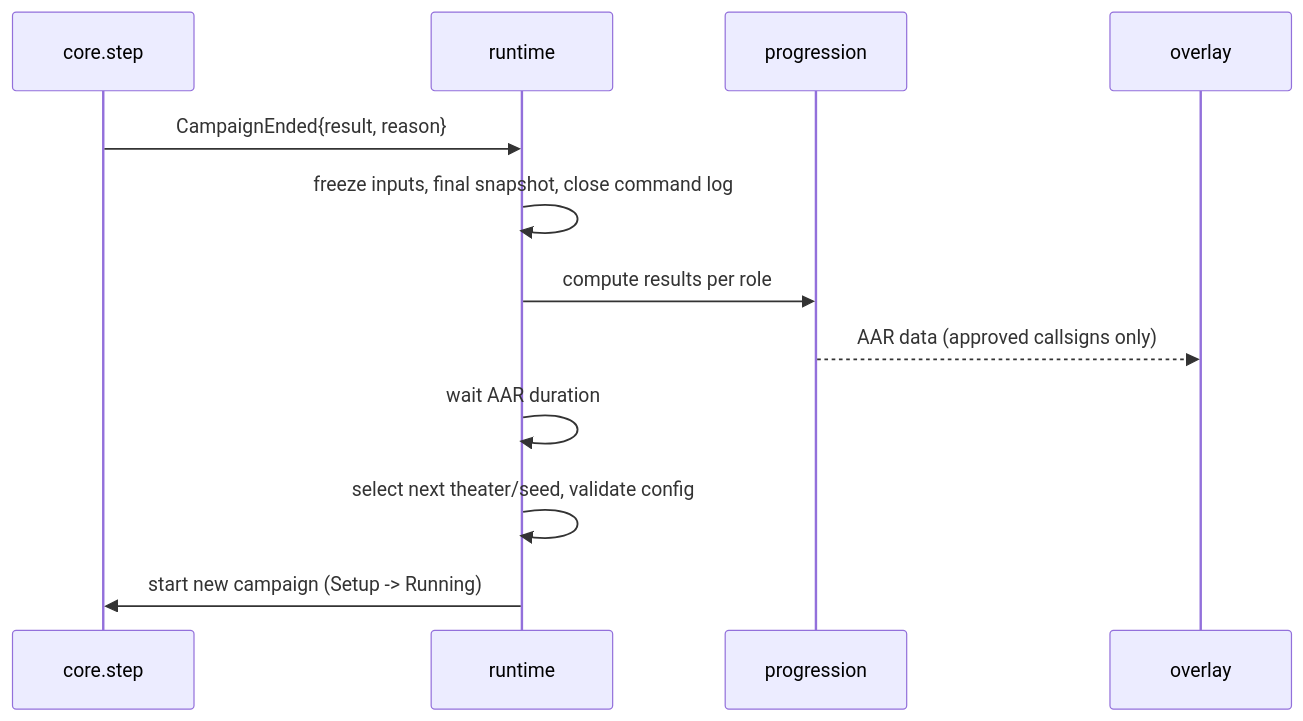
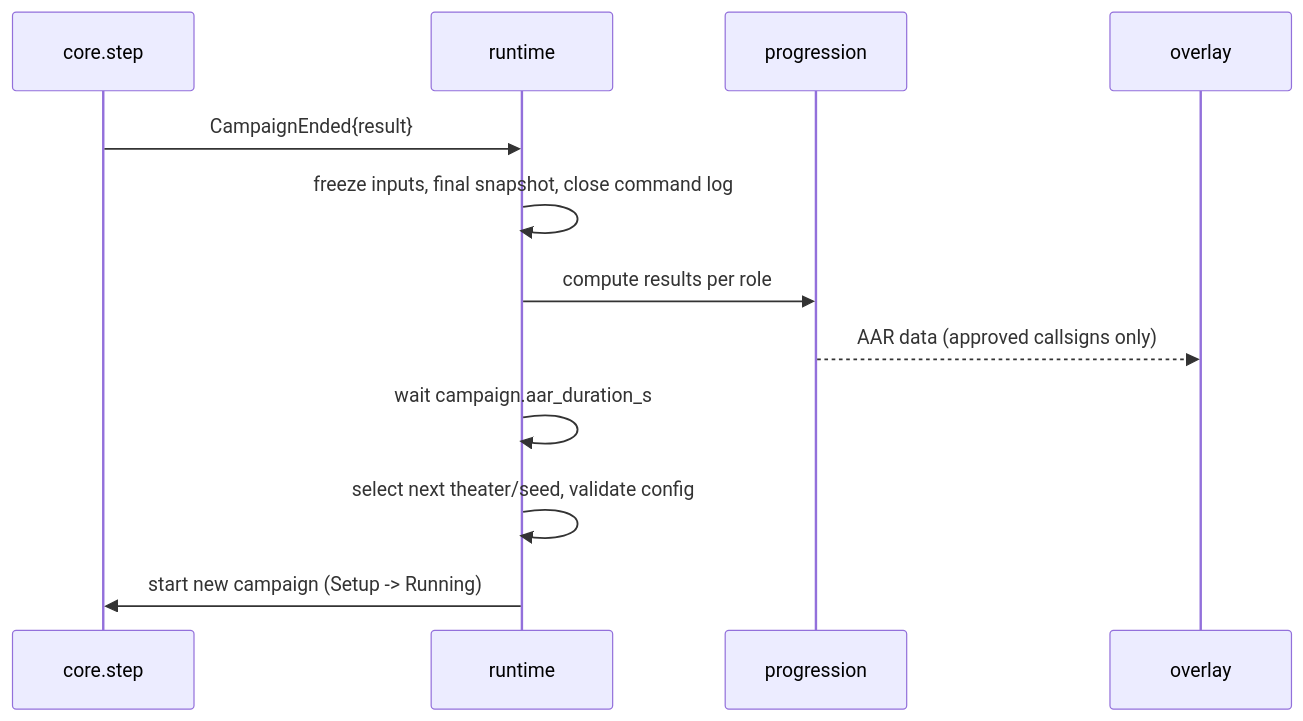
One commit to canthony224/operation-nexus changed diagram 15 of 20 in docs/specs/STATE-MACHINES-AND-FLOWS.md. Above: the diagram before and after it, drawn with Mermaid. The commit also changed other lines of this file and 9 other files, not shown here.

````diff
--- a/docs/specs/STATE-MACHINES-AND-FLOWS.md
+++ b/docs/specs/STATE-MACHINES-AND-FLOWS.md
@@ -435,14 +444,14 @@
 ```mermaid
 sequenceDiagram
     participant K as core.step
     participant RT as runtime
     participant PR as progression
     participant O as overlay
-    K->>RT: CampaignEnded{result, reason}
+    K->>RT: CampaignEnded{result}
     RT->>RT: freeze inputs, final snapshot, close command log
     RT->>PR: compute results per role
     PR-->>O: AAR data (approved callsigns only)
-    RT->>RT: wait AAR duration
+    RT->>RT: wait campaign.aar_duration_s
     RT->>RT: select next theater/seed, validate config
     RT->>K: start new campaign (Setup -> Running)
 ```
````
